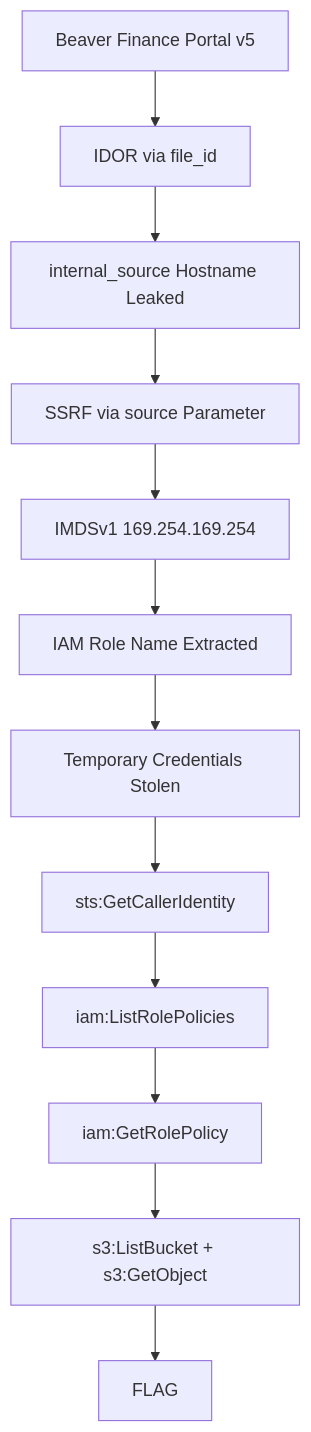
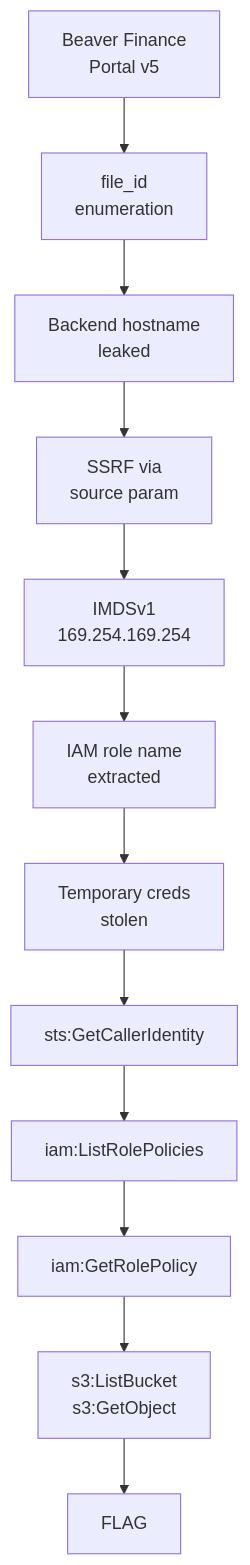
Before and after one commit to Beaver-Dam-Community/GnawLab: the diagram in scenarios/aws/02-shadow-api/legacy-bridge/README.md, drawn with Mermaid. The commit also changed other lines of this file and 8 other files, not shown here.

````diff
--- a/scenarios/aws/02-shadow-api/legacy-bridge/README.md
+++ b/scenarios/aws/02-shadow-api/legacy-bridge/README.md
@@ -57,14 +67,14 @@
 ```mermaid
 flowchart TB
-    A[Beaver Finance Portal v5] --> B[IDOR via file_id]
-    B --> C[internal_source Hostname Leaked]
-    C --> D[SSRF via source Parameter]
-    D --> E[IMDSv1 169.254.169.254]
-    E --> F[IAM Role Name Extracted]
-    F --> G[Temporary Credentials Stolen]
-    G --> H[sts:GetCallerIdentity]
-    H --> I[iam:ListRolePolicies]
-    I --> J[iam:GetRolePolicy]
-    J --> K[s3:ListBucket + s3:GetObject]
-    K --> L[FLAG]
+    A["Beaver Finance<br/>Portal v5"] --> B["file_id<br/>enumeration"]
+    B --> C["Backend hostname<br/>leaked"]
+    C --> D["SSRF via<br/>source param"]
+    D --> E["IMDSv1<br/>169.254.169.254"]
+    E --> F["IAM role name<br/>extracted"]
+    F --> G["Temporary creds<br/>stolen"]
+    G --> H["sts:GetCallerIdentity"]
+    H --> I["iam:ListRolePolicies"]
+    I --> J["iam:GetRolePolicy"]
+    J --> K["s3:ListBucket<br/>s3:GetObject"]
+    K --> L["FLAG"]
 ```
````
